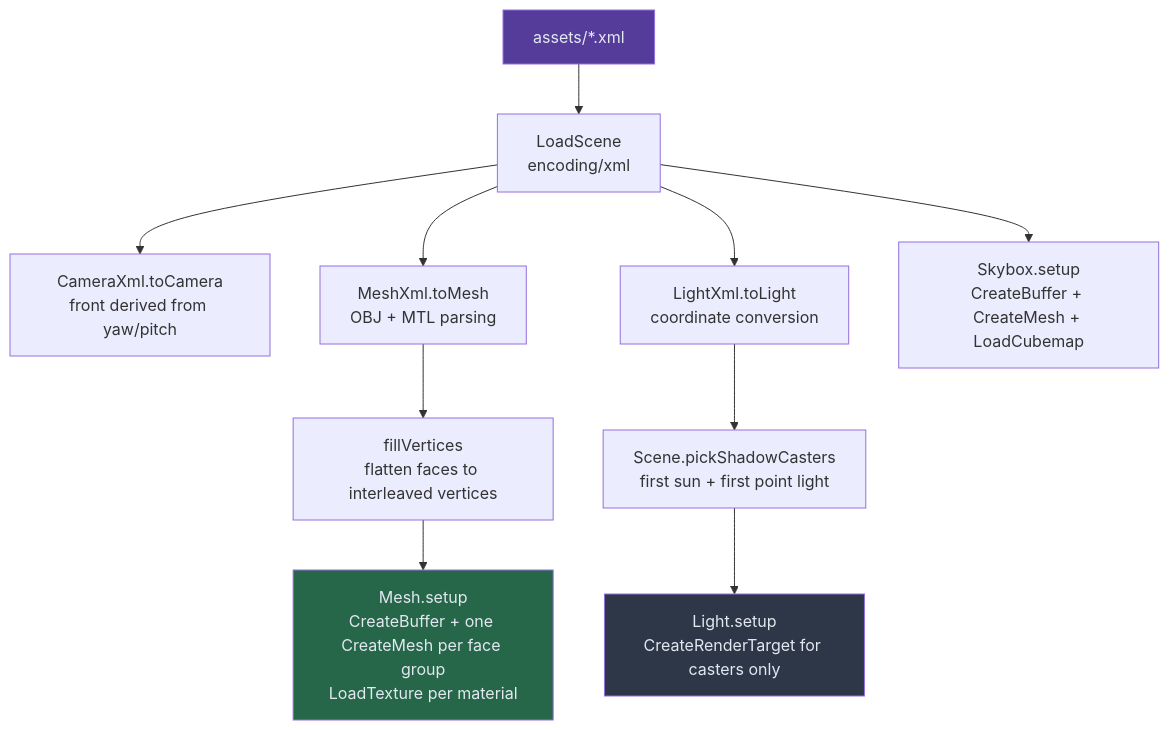
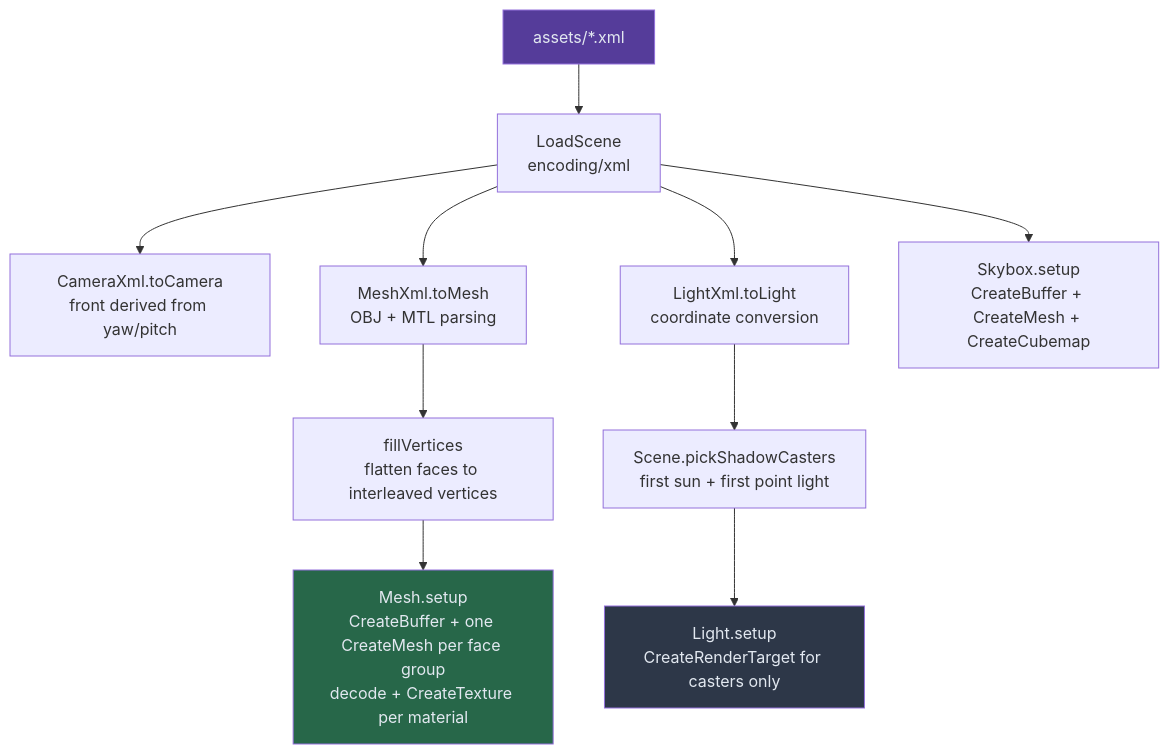
One commit to Zephyr75/overdrive changed the second of 3 diagrams in notes/ARCHITECTURE.md. Above: the diagram before and after it, drawn with Mermaid. The commit also changed other lines of this file and 28 other files, not shown here.

````diff
--- a/notes/ARCHITECTURE.md
+++ b/notes/ARCHITECTURE.md
@@ -166,20 +166,20 @@
 ```mermaid
 flowchart TD
     X["assets/*.xml"] --> P["LoadScene<br/>encoding/xml"]
 
     P --> CA["CameraXml.toCamera<br/>front derived from yaw/pitch"]
     P --> ME["MeshXml.toMesh<br/>OBJ + MTL parsing"]
     P --> LI["LightXml.toLight<br/>coordinate conversion"]
 
     ME --> FV["fillVertices<br/>flatten faces to interleaved vertices"]
-    FV --> SU["Mesh.setup<br/>CreateBuffer + one CreateMesh per face group<br/>LoadTexture per material"]
+    FV --> SU["Mesh.setup<br/>CreateBuffer + one CreateMesh per face group<br/>decode + CreateTexture per material"]
 
     LI --> PS["Scene.pickShadowCasters<br/>first sun + first point light"]
     PS --> LS["Light.setup<br/>CreateRenderTarget for casters only"]
 
-    P --> SK["Skybox.setup<br/>CreateBuffer + CreateMesh + LoadCubemap"]
+    P --> SK["Skybox.setup<br/>CreateBuffer + CreateMesh + CreateCubemap"]
 
     style X fill:#553c9a,color:#e2e8f0
     style SU fill:#276749,color:#e2e8f0
     style LS fill:#2d3748,color:#e2e8f0
 ```
````
